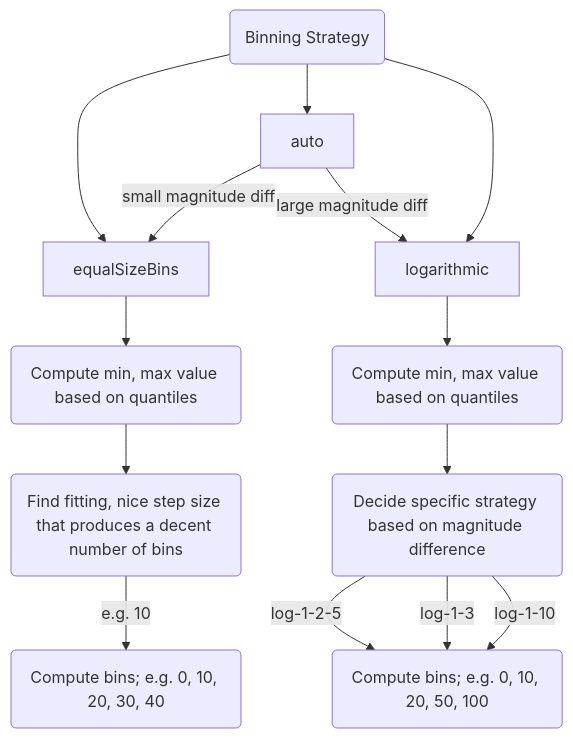
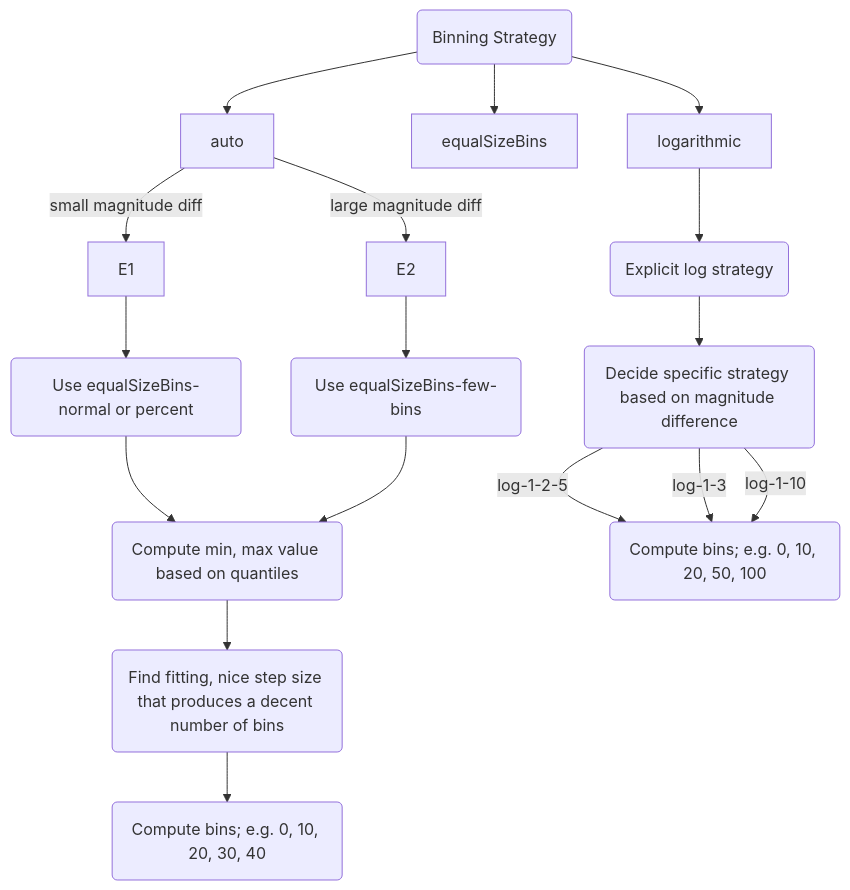
The diagram in packages/@ourworldindata/grapher/src/color/readme.md (owid/owid-grapher), drawn with Mermaid before and after one commit. The commit also changed other lines of this file and 2 other files, not shown here.

Commit message:
✨🤖 Use few-bin auto map binning instead of log

````diff
--- a/packages/@ourworldindata/grapher/src/color/readme.md
+++ b/packages/@ourworldindata/grapher/src/color/readme.md
@@ -10,18 +10,21 @@
 ```mermaid
 flowchart TD
-    A -->|small magnitude diff| E
+    A -->|small magnitude diff| E1
+    A -->|large magnitude diff| E2
+    S(Binning Strategy) --> A[auto]
     S --> E[equalSizeBins]
-    S(Binning Strategy) --> A[auto]
     S --> L[logarithmic]
-    A -->|large magnitude diff| L
 
-    E --> E1(Compute min, max value based on quantiles)
-    E1 --> E2(Find fitting, nice step size that produces a decent number of bins)
-    E2 -->|e.g. 10| E3(Compute bins; e.g. 0, 10, 20, 30, 40)
+    E1 --> E3(Use equalSizeBins-normal or percent)
+    E2 --> E4(Use equalSizeBins-few-bins)
+    E3 --> E5(Compute min, max value based on quantiles)
+    E4 --> E5
+    E5 --> E6(Find fitting, nice step size that produces a decent number of bins)
+    E6 --> E7(Compute bins; e.g. 0, 10, 20, 30, 40)
 
-    L --> L1(Compute min, max value based on quantiles)
+    L --> L1(Explicit log strategy)
     L1 --> L2(Decide specific strategy based on magnitude difference)
     L2 -->|log-1-2-5| L3(Compute bins; e.g. 0, 10, 20, 50, 100)
     L2 -->|log-1-3| L3
     L2 -->|log-1-10| L3
 ```
````
